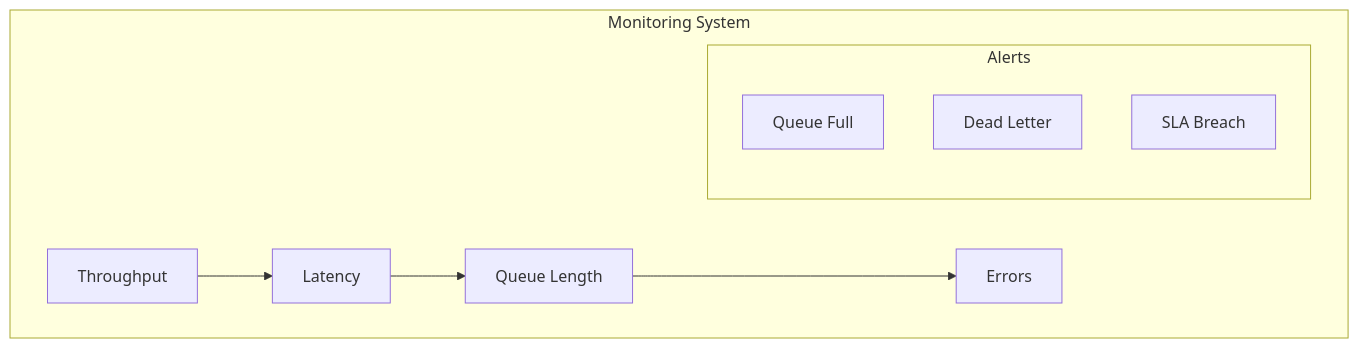
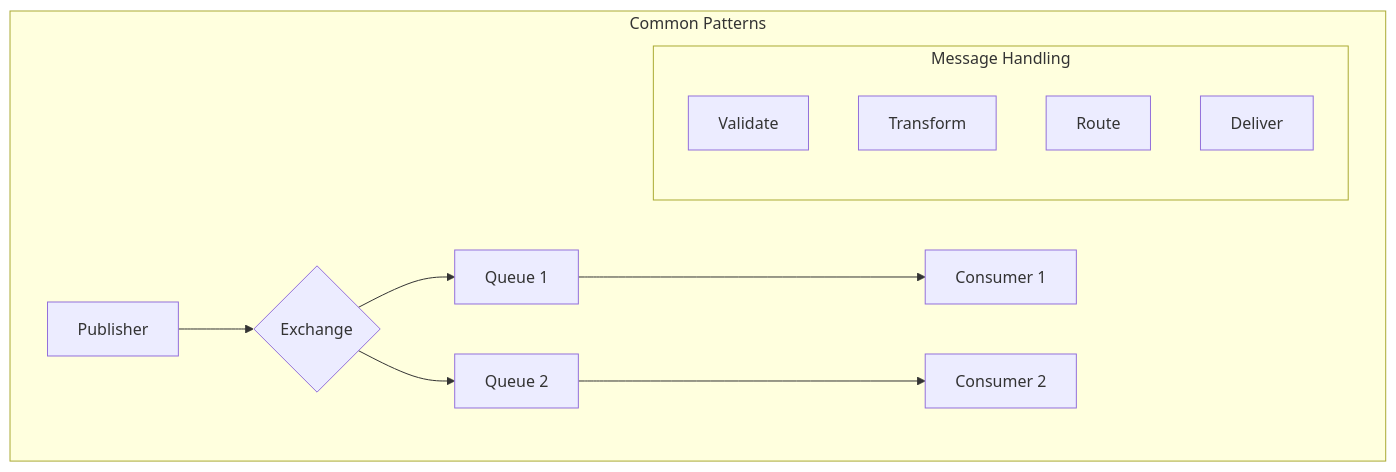
One commit to saravanakumarrc/Architecture_Journey changed the third of 3 diagrams in src/Message_Broker_Architectures.md. Above: the diagram before and after it, drawn with Mermaid. The commit also changed other lines of this file and 6 other files, not shown here.

First line of the commit message:
Refactor observability documentation: streamline sections, enhance clarity, and update diagrams for better understanding of monitoring components and patterns.

````diff
--- a/src/Message_Broker_Architectures.md
+++ b/src/Message_Broker_Architectures.md
@@ -207,14 +146,17 @@
 ```mermaid
-graph TB
-    subgraph "Monitoring System"
-        T[Throughput] --> L[Latency]
-        L --> Q[Queue Length]
-        Q --> E[Errors]
+flowchart TB
+    subgraph "Common Patterns"
+        P[Publisher] --> E{Exchange}
+        E --> Q1[Queue 1]
+        E --> Q2[Queue 2]
+        Q1 --> C1[Consumer 1]
+        Q2 --> C2[Consumer 2]
         
-        subgraph "Alerts"
-            QF[Queue Full]
-            DL[Dead Letter]
-            SL[SLA Breach]
+        subgraph "Message Handling"
+            V[Validate]
+            T[Transform]
+            R[Route]
+            D[Deliver]
         end
     end
 ```
````
